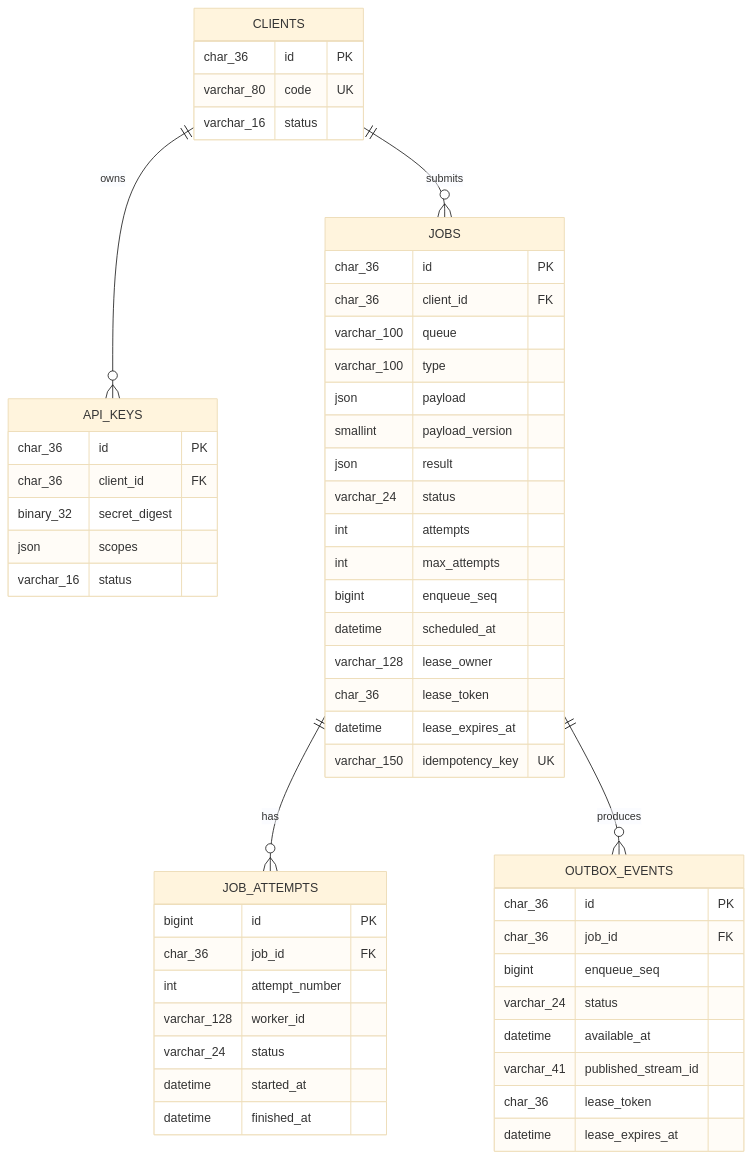
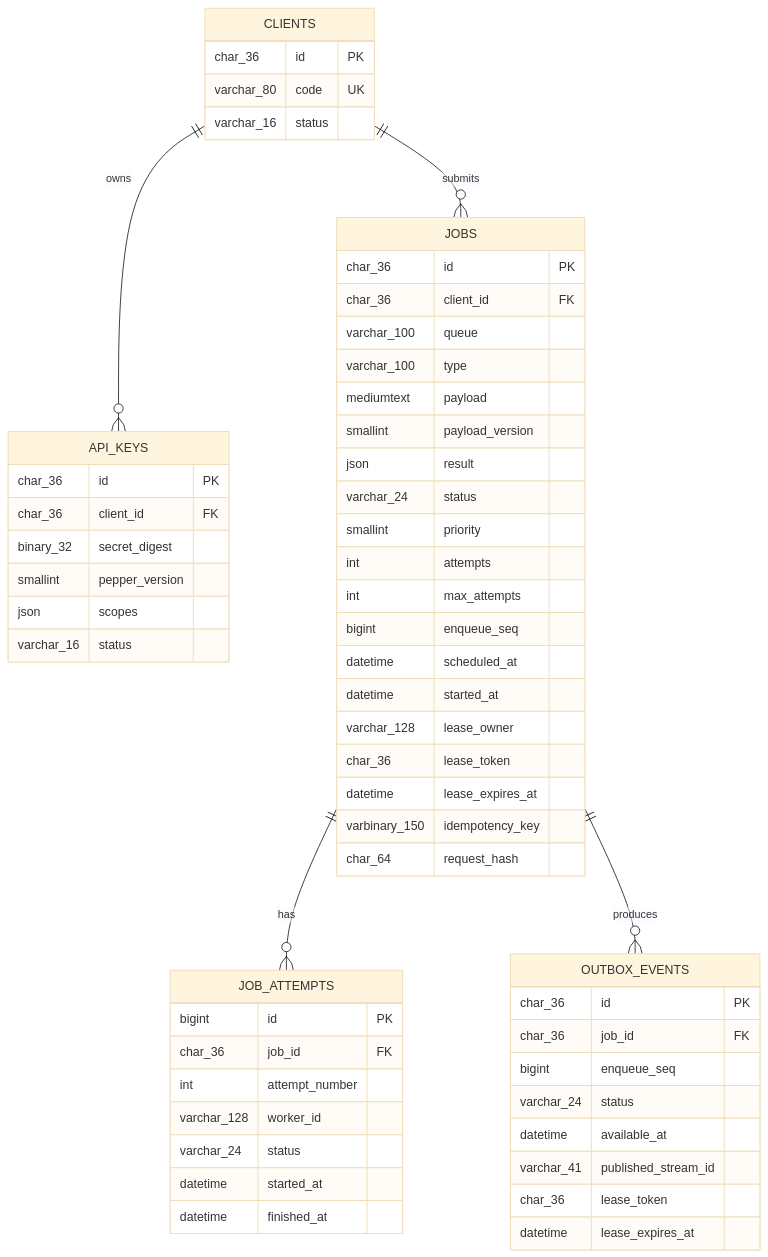
Before and after one commit to lathief/Antriaga: the fifth of 11 diagrams in SYSTEM_DESIGN.md, drawn with Mermaid (base theme). The commit also changed other lines of this file and 12 other files, not shown here.

````diff
--- a/SYSTEM_DESIGN.md
+++ b/SYSTEM_DESIGN.md
@@ -497,56 +497,60 @@
 ```mermaid
 erDiagram
     CLIENTS ||--o{ API_KEYS : owns
     CLIENTS ||--o{ JOBS : submits
     JOBS ||--o{ JOB_ATTEMPTS : has
     JOBS ||--o{ OUTBOX_EVENTS : produces
     CLIENTS {
         char_36 id PK
         varchar_80 code UK
         varchar_16 status
     }
     API_KEYS {
         char_36 id PK
         char_36 client_id FK
         binary_32 secret_digest
+        smallint pepper_version
         json scopes
         varchar_16 status
     }
     JOBS {
         char_36 id PK
         char_36 client_id FK
         varchar_100 queue
         varchar_100 type
-        json payload
+        mediumtext payload
         smallint payload_version
         json result
         varchar_24 status
+        smallint priority
         int attempts
         int max_attempts
         bigint enqueue_seq
         datetime scheduled_at
+        datetime started_at
         varchar_128 lease_owner
         char_36 lease_token
         datetime lease_expires_at
-        varchar_150 idempotency_key UK
+        varbinary_150 idempotency_key
+        char_64 request_hash
     }
     JOB_ATTEMPTS {
         bigint id PK
         char_36 job_id FK
         int attempt_number
         varchar_128 worker_id
         varchar_24 status
         datetime started_at
         datetime finished_at
     }
     OUTBOX_EVENTS {
         char_36 id PK
         char_36 job_id FK
         bigint enqueue_seq
         varchar_24 status
         datetime available_at
         varchar_41 published_stream_id
         char_36 lease_token
         datetime lease_expires_at
     }
 ```
````
